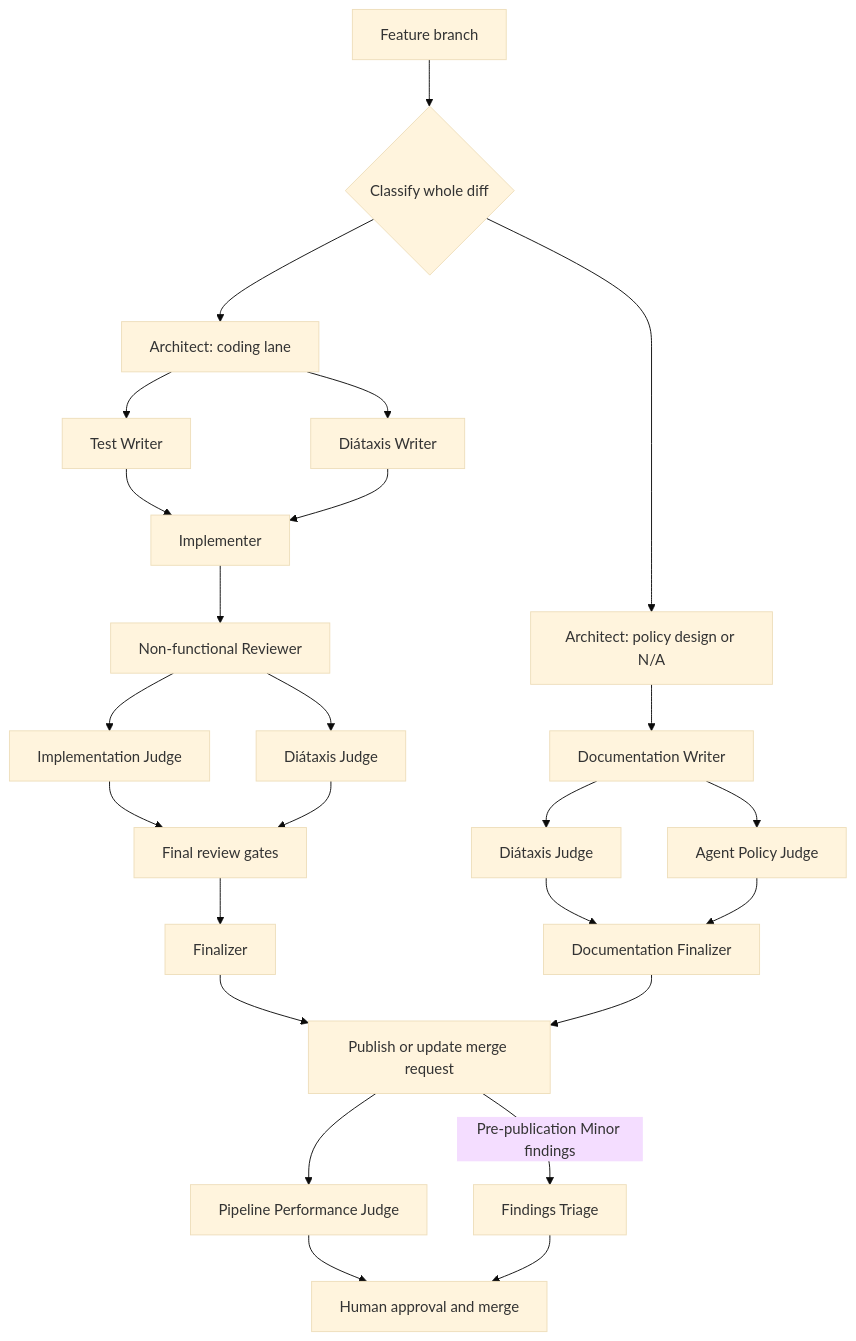
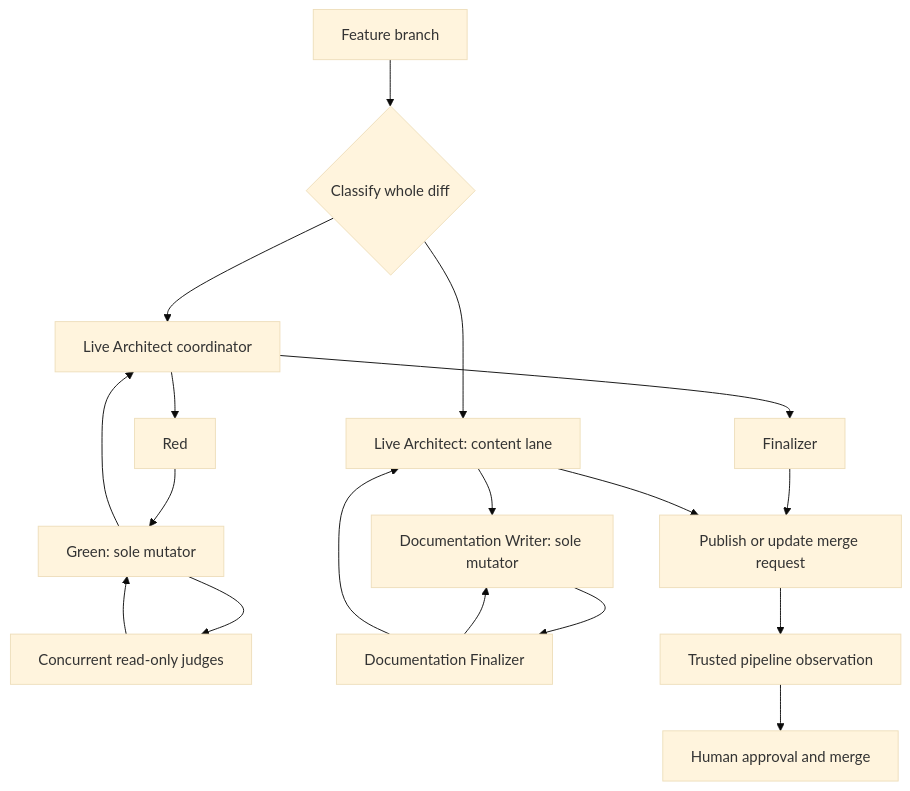
Before and after one commit to dfwguy/nvis-ova-agentic-copier: the diagram in README.md, drawn with Mermaid (base theme). The commit also changed other lines of this file and 74 other files, not shown here.

````diff
--- a/README.md
+++ b/README.md
@@ -85,27 +86,20 @@
 ```mermaid
 flowchart TD
     branch[Feature branch] --> classify{Classify whole diff}
-    classify --> architect[Architect: coding lane]
-    architect --> tests[Test Writer]
-    architect --> docs[Diátaxis Writer]
-    tests --> implementer[Implementer]
-    docs --> implementer
-    implementer --> nonfunctional[Non-functional Reviewer]
-    nonfunctional --> implementation[Implementation Judge]
-    nonfunctional --> documentation[Diátaxis Judge]
-    implementation --> final_gates[Final review gates]
-    documentation --> final_gates
-    final_gates --> finalizer[Finalizer]
+    classify --> architect[Live Architect coordinator]
+    architect --> red[Red]
+    red --> green[Green: sole mutator]
+    green --> judges[Concurrent read-only judges]
+    judges --> green
+    green --> architect
+    architect --> finalizer[Finalizer]
+    classify --> policy_architect[Live Architect: content lane]
+    policy_architect --> policy_writer[Documentation Writer: sole mutator]
+    policy_writer --> policy_finalizer[Documentation Finalizer]
+    policy_finalizer --> policy_writer
+    policy_finalizer --> policy_architect
     finalizer --> mr[Publish or update merge request]
-    classify --> policy_architect[Architect: policy design or N/A]
-    policy_architect --> policy_writer[Documentation Writer]
-    policy_writer --> policy_docs[Diátaxis Judge]
-    policy_writer --> policy_review[Agent Policy Judge]
-    policy_docs --> policy_finalizer[Documentation Finalizer]
-    policy_review --> policy_finalizer
-    policy_finalizer --> mr
-    mr --> performance[Pipeline Performance Judge]
-    mr -->|Pre-publication Minor findings| triage[Findings Triage]
-    performance --> human[Human approval and merge]
-    triage --> human
+    policy_architect --> mr
+    mr --> pipeline[Trusted pipeline observation]
+    pipeline --> human[Human approval and merge]
 ```
````
